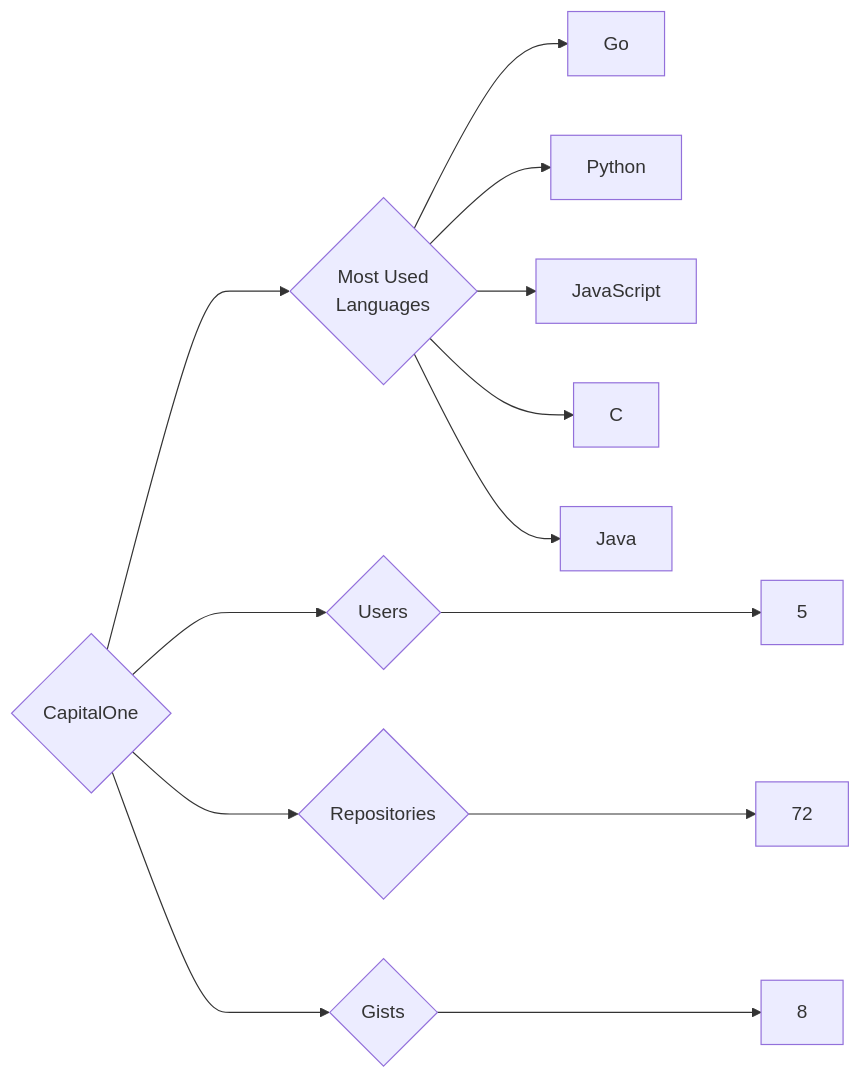
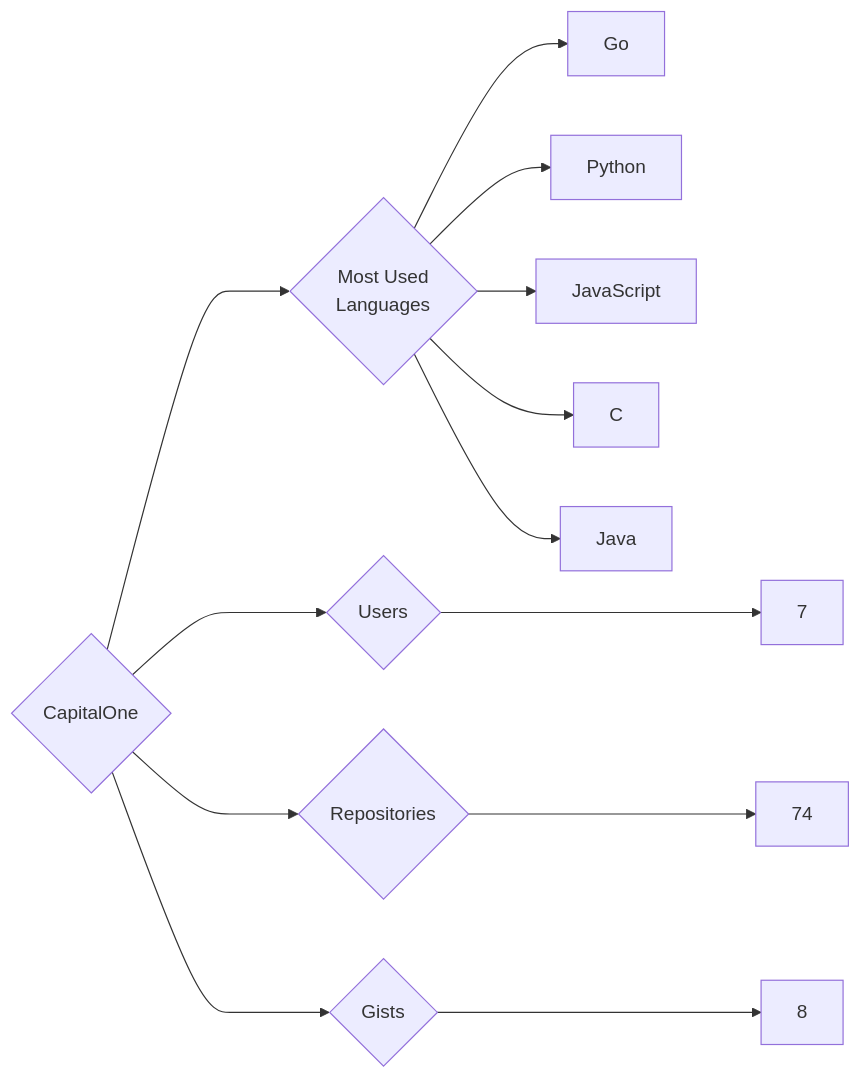
Before and after one commit to trickest/insiders: the diagram in targets/CapitalOne/README.md, drawn with Mermaid. The commit also changed 699 other files, not shown here.

````diff
--- a/targets/CapitalOne/README.md
+++ b/targets/CapitalOne/README.md
@@ -3,13 +3,13 @@
 ```mermaid
 graph LR
 COMPANY_NAME{CapitalOne}
-COMPANY_NAME ---> U{Users} ---> UN[5]
-COMPANY_NAME ---> R{Repositories} ---> RN[72]
+COMPANY_NAME ---> U{Users} ---> UN[7]
+COMPANY_NAME ---> R{Repositories} ---> RN[74]
 COMPANY_NAME ---> G{Gists} ---> GN[8]
 COMPANY_NAME ---> ML{Most Used<br>Languages}
 ML --> Go[Go]
 ML --> Python[Python]
 ML --> JavaScript[JavaScript]
 ML --> C[C]
 ML --> Java[Java]
 ```
````
